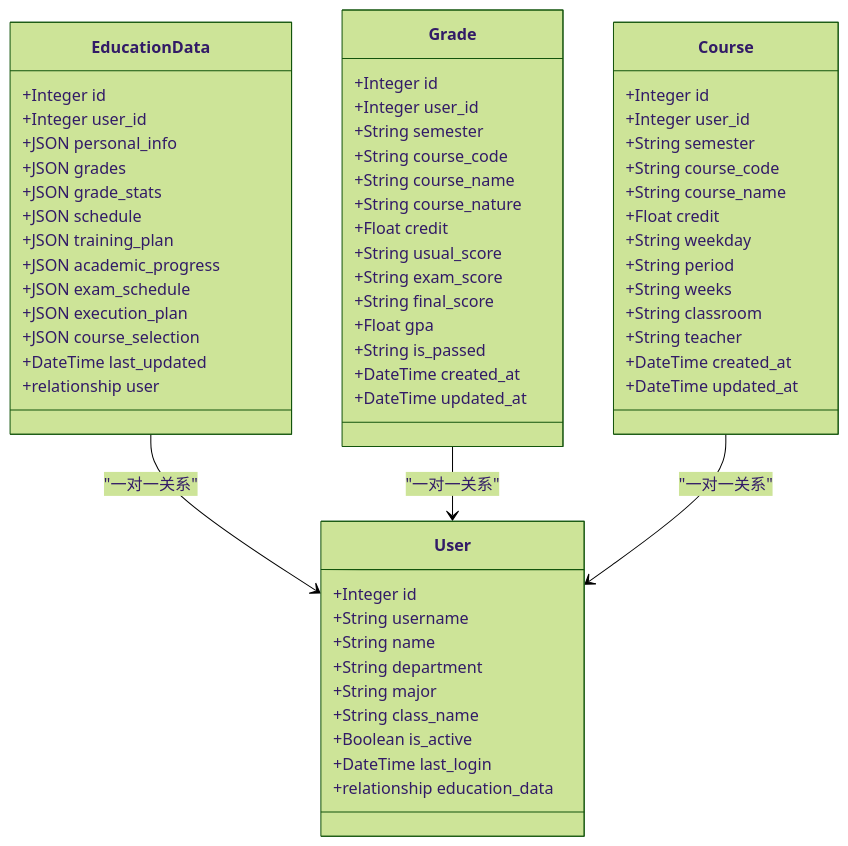
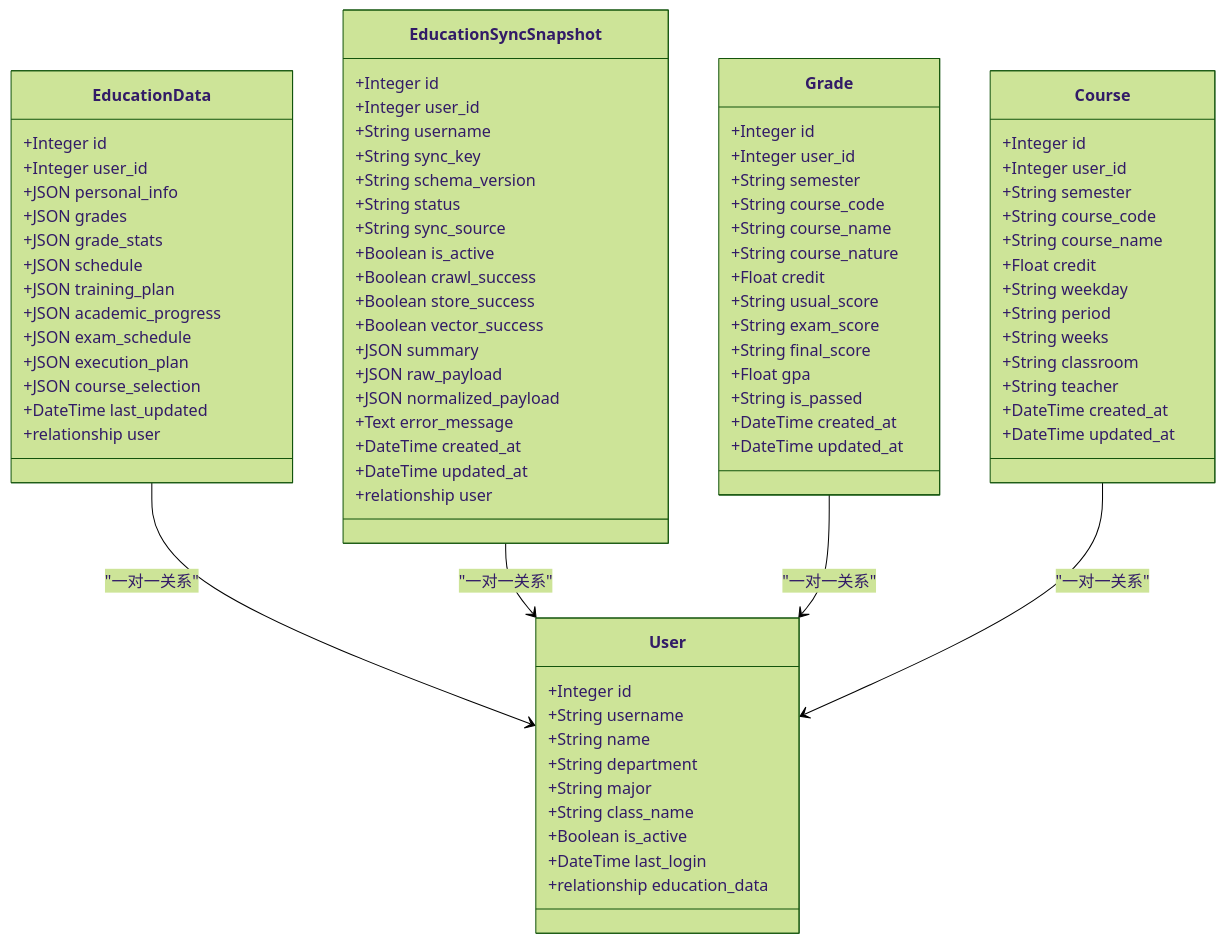
Before and after one commit to ghbbn053-ship-itsoulddog/soulddog: the third of 7 diagrams in .qoder/repowiki/zh/content/数据模型设计/教务数据模型.md, drawn with Mermaid (forest theme). The commit also changed other lines of this file and 119 other files, not shown here.

````diff
--- a/.qoder/repowiki/zh/content/数据模型设计/教务数据模型.md
+++ b/.qoder/repowiki/zh/content/数据模型设计/教务数据模型.md
@@ -199,6 +258,26 @@
 +JSON execution_plan
 +JSON course_selection
 +DateTime last_updated
++relationship user
+}
+class EducationSyncSnapshot {
++Integer id
++Integer user_id
++String username
++String sync_key
++String schema_version
++String status
++String sync_source
++Boolean is_active
++Boolean crawl_success
++Boolean store_success
++Boolean vector_success
++JSON summary
++JSON raw_payload
++JSON normalized_payload
++Text error_message
++DateTime created_at
++DateTime updated_at
 +relationship user
 }
 class User {
@@ -244,6 +323,7 @@
 +DateTime updated_at
 }
 EducationData --> User : "一对一关系"
+EducationSyncSnapshot --> User : "一对一关系"
 Grade --> User : "一对一关系"
 Course --> User : "一对一关系"
 ```
````
